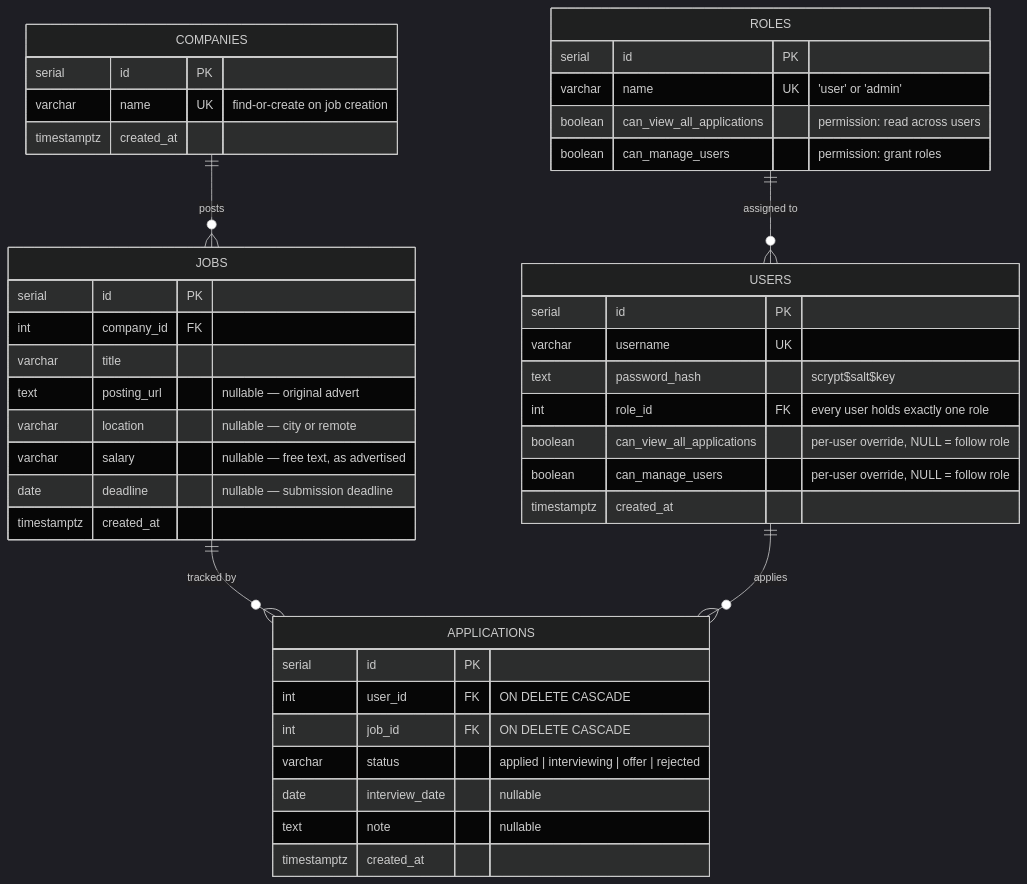
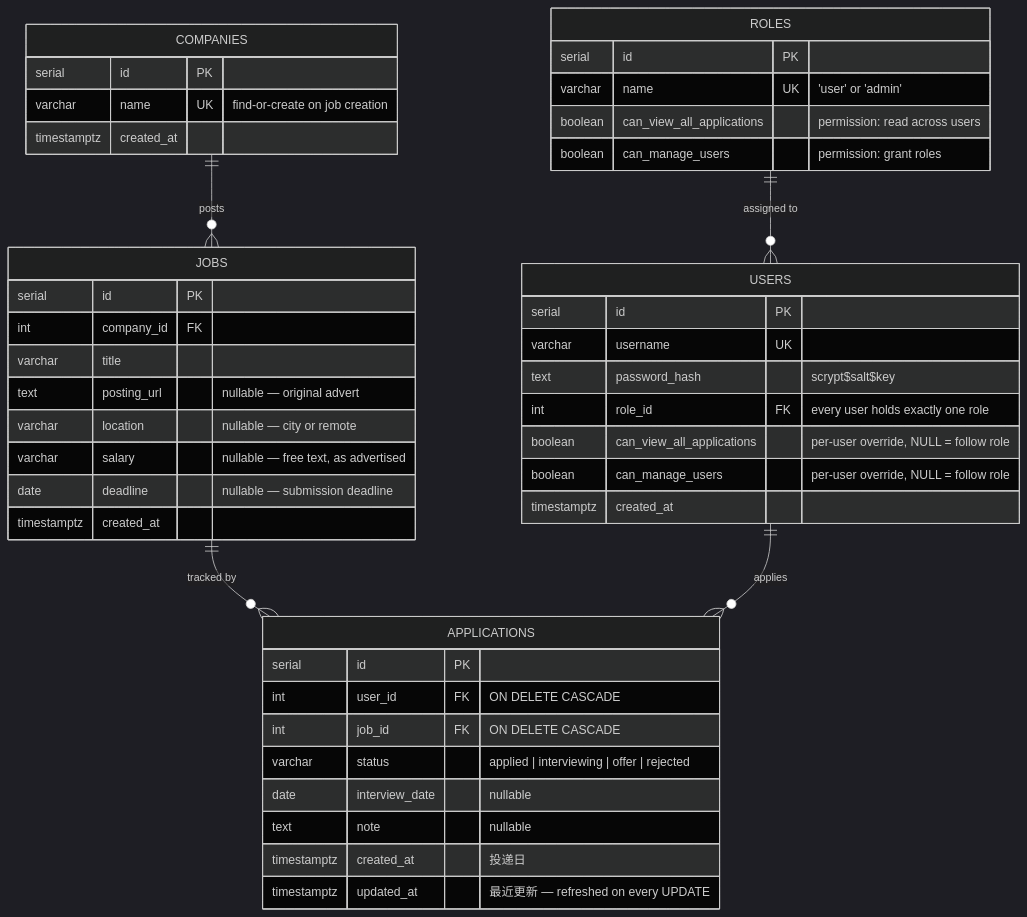
The diagram in docs/erd.md (RW918/ERB_Group_Project), drawn with Mermaid (dark theme) before and after one commit. The commit also changed 29 other files, not shown here.

````diff
--- a/docs/erd.md
+++ b/docs/erd.md
@@ -7,51 +7,52 @@
 ```mermaid
 erDiagram
     COMPANIES ||--o{ JOBS : "posts"
     JOBS ||--o{ APPLICATIONS : "tracked by"
     USERS ||--o{ APPLICATIONS : "applies"
     ROLES ||--o{ USERS : "assigned to"
 
     ROLES {
         serial id PK
         varchar name UK "'user' or 'admin'"
         boolean can_view_all_applications "permission: read across users"
         boolean can_manage_users "permission: grant roles"
     }
 
     USERS {
         serial id PK
         varchar username UK
         text password_hash "scrypt$salt$key"
         int role_id FK "every user holds exactly one role"
         boolean can_view_all_applications "per-user override, NULL = follow role"
         boolean can_manage_users "per-user override, NULL = follow role"
         timestamptz created_at
     }
 
     COMPANIES {
         serial id PK
         varchar name UK "find-or-create on job creation"
         timestamptz created_at
     }
 
     JOBS {
         serial id PK
         int company_id FK
         varchar title
         text posting_url "nullable — original advert"
         varchar location "nullable — city or remote"
         varchar salary "nullable — free text, as advertised"
         date deadline "nullable — submission deadline"
         timestamptz created_at
     }
 
     APPLICATIONS {
         serial id PK
         int user_id FK "ON DELETE CASCADE"
         int job_id FK "ON DELETE CASCADE"
         varchar status "applied | interviewing | offer | rejected"
         date interview_date "nullable"
         text note "nullable"
-        timestamptz created_at
+        timestamptz created_at "投递日"
+        timestamptz updated_at "最近更新 — refreshed on every UPDATE"
     }
 ```
````
